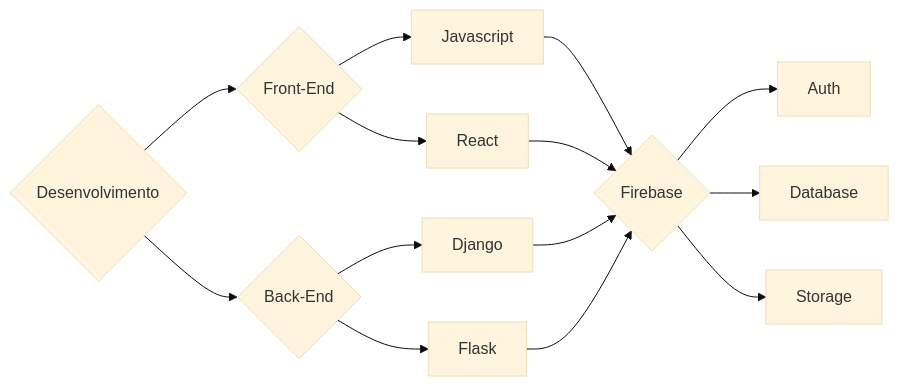
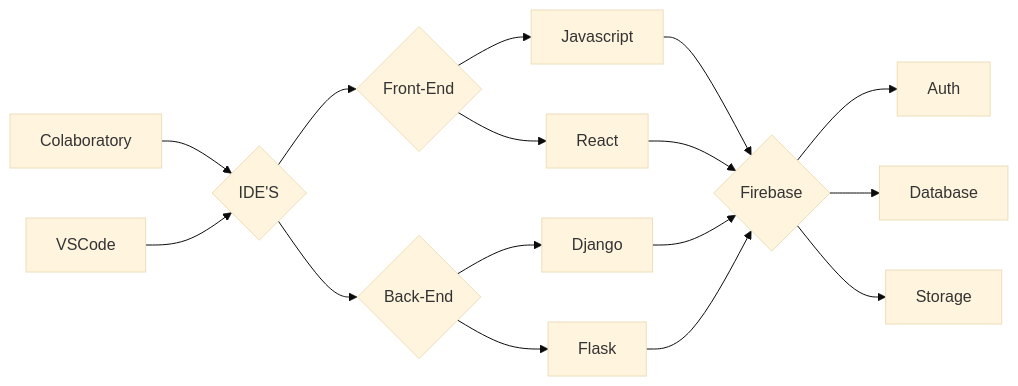
Before and after one commit to SauloCandeira/SauloCandeira: the first of 2 diagrams in README.md, drawn with Mermaid (base theme).

````diff
--- a/README.md
+++ b/README.md
@@ -60,17 +60,20 @@
 ```mermaid
 flowchart LR
 
-Z{Desenvolvimento} --> A[Front-End]
+K[Colaboratory] --> Z{IDE'S}
+L[VSCode] --> Z{IDE'S}
+
+Z{IDE'S} --> A[Front-End]
 Z  --> B
 
 A{Front-End} --> I[Javascript] --> C{Firebase}
 A{Front-End} --> J[React] --> C{Firebase}
 
 B{Back-End} --> G[Django] --> C{Firebase}
 B{Back-End} --> H[Flask] --> C{Firebase}
 
 
 C --> D[Auth]
 C --> E[Database]
 C --> F[Storage]
 ```
````
